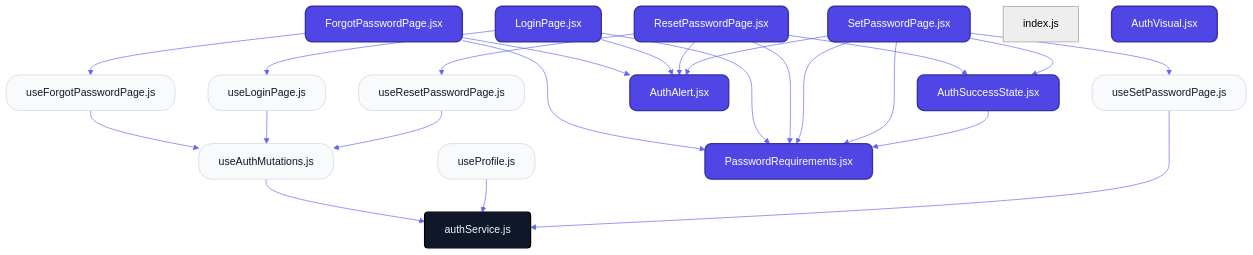
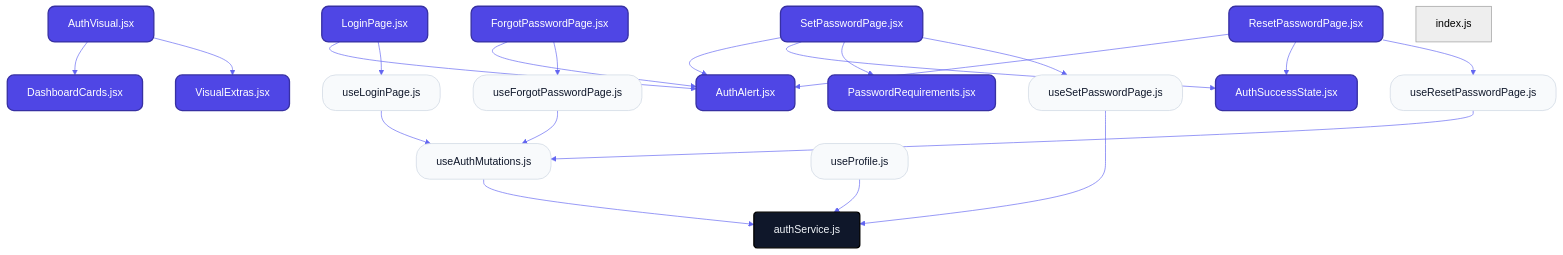
One commit to nexowebai/nexo-superadmin changed the first of 2 diagrams in src/features/auth/README.md. Above: the diagram before and after it, drawn with Mermaid. The commit also changed other lines of this file and 18 other files, not shown here.

````diff
--- a/src/features/auth/README.md
+++ b/src/features/auth/README.md
@@ -12,46 +11,45 @@
 ```mermaid
 %%{init: {'theme': 'neutral', 'themeVariables': { 'fontFamily': 'Inter', 'lineColor': '#6366f1' }}}%%
 graph TD
     classDef page fill:#4f46e5,stroke:#3730a3,stroke-width:2px,color:#fff,rx:10,ry:10;
     classDef hook fill:#f8fafc,stroke:#cbd5e1,stroke-width:1px,color:#0f172a,rx:20,ry:20;
     classDef service fill:#0f172a,stroke:#000,stroke-width:2px,color:#f1f5f9,rx:5,ry:5;
 
+    VisualExtrasjsx["VisualExtras.jsx"]:::page
+    DashboardCardsjsx["DashboardCards.jsx"]:::page
+    LoginPagejsx["LoginPage.jsx"]:::page
     ForgotPasswordPagejsx["ForgotPasswordPage.jsx"]:::page
-    LoginPagejsx["LoginPage.jsx"]:::page
+    SetPasswordPagejsx["SetPasswordPage.jsx"]:::page
     ResetPasswordPagejsx["ResetPasswordPage.jsx"]:::page
-    SetPasswordPagejsx["SetPasswordPage.jsx"]:::page
-    indexjs["index.js"]
+    AuthAlertjsx["AuthAlert.jsx"]:::page
+    useSetPasswordPagejs["useSetPasswordPage.js"]:::hook
     useAuthMutationsjs["useAuthMutations.js"]:::hook
-    useForgotPasswordPagejs["useForgotPasswordPage.js"]:::hook
     useLoginPagejs["useLoginPage.js"]:::hook
+    useResetPasswordPagejs["useResetPasswordPage.js"]:::hook
     useProfilejs["useProfile.js"]:::hook
-    useResetPasswordPagejs["useResetPasswordPage.js"]:::hook
-    useSetPasswordPagejs["useSetPasswordPage.js"]:::hook
-    authServicejs["authService.js"]:::service
-    AuthAlertjsx["AuthAlert.jsx"]:::page
-    AuthSuccessStatejsx["AuthSuccessState.jsx"]:::page
     AuthVisualjsx["AuthVisual.jsx"]:::page
     PasswordRequirementsjsx["PasswordRequirements.jsx"]:::page
-    ForgotPasswordPagejsx --> PasswordRequirementsjsx
+    useForgotPasswordPagejs["useForgotPasswordPage.js"]:::hook
+    AuthSuccessStatejsx["AuthSuccessState.jsx"]:::page
+    authServicejs["authService.js"]:::service
+    indexjs["index.js"]
+    LoginPagejsx --> AuthAlertjsx
+    LoginPagejsx --> useLoginPagejs
     ForgotPasswordPagejsx --> AuthAlertjsx
     ForgotPasswordPagejsx --> useForgotPasswordPagejs
-    LoginPagejsx --> PasswordRequirementsjsx
-    LoginPagejsx --> AuthAlertjsx
-    LoginPagejsx --> useLoginPagejs
-    ResetPasswordPagejsx --> PasswordRequirementsjsx
-    ResetPasswordPagejsx --> AuthAlertjsx
-    ResetPasswordPagejsx --> AuthSuccessStatejsx
-    ResetPasswordPagejsx --> useResetPasswordPagejs
-    SetPasswordPagejsx --> PasswordRequirementsjsx
     SetPasswordPagejsx --> AuthAlertjsx
     SetPasswordPagejsx --> AuthSuccessStatejsx
     SetPasswordPagejsx --> PasswordRequirementsjsx
     SetPasswordPagejsx --> useSetPasswordPagejs
+    ResetPasswordPagejsx --> AuthAlertjsx
+    ResetPasswordPagejsx --> AuthSuccessStatejsx
+    ResetPasswordPagejsx --> useResetPasswordPagejs
+    useSetPasswordPagejs --> authServicejs
     useAuthMutationsjs --> authServicejs
+    useLoginPagejs --> useAuthMutationsjs
+    useResetPasswordPagejs --> useAuthMutationsjs
+    useProfilejs --> authServicejs
+    AuthVisualjsx --> DashboardCardsjsx
+    AuthVisualjsx --> VisualExtrasjsx
     useForgotPasswordPagejs --> useAuthMutationsjs
-    useLoginPagejs --> useAuthMutationsjs
-    useProfilejs --> authServicejs
-    useResetPasswordPagejs --> useAuthMutationsjs
-    useSetPasswordPagejs --> authServicejs
-    AuthSuccessStatejsx --> PasswordRequirementsjsx
 ```
````
